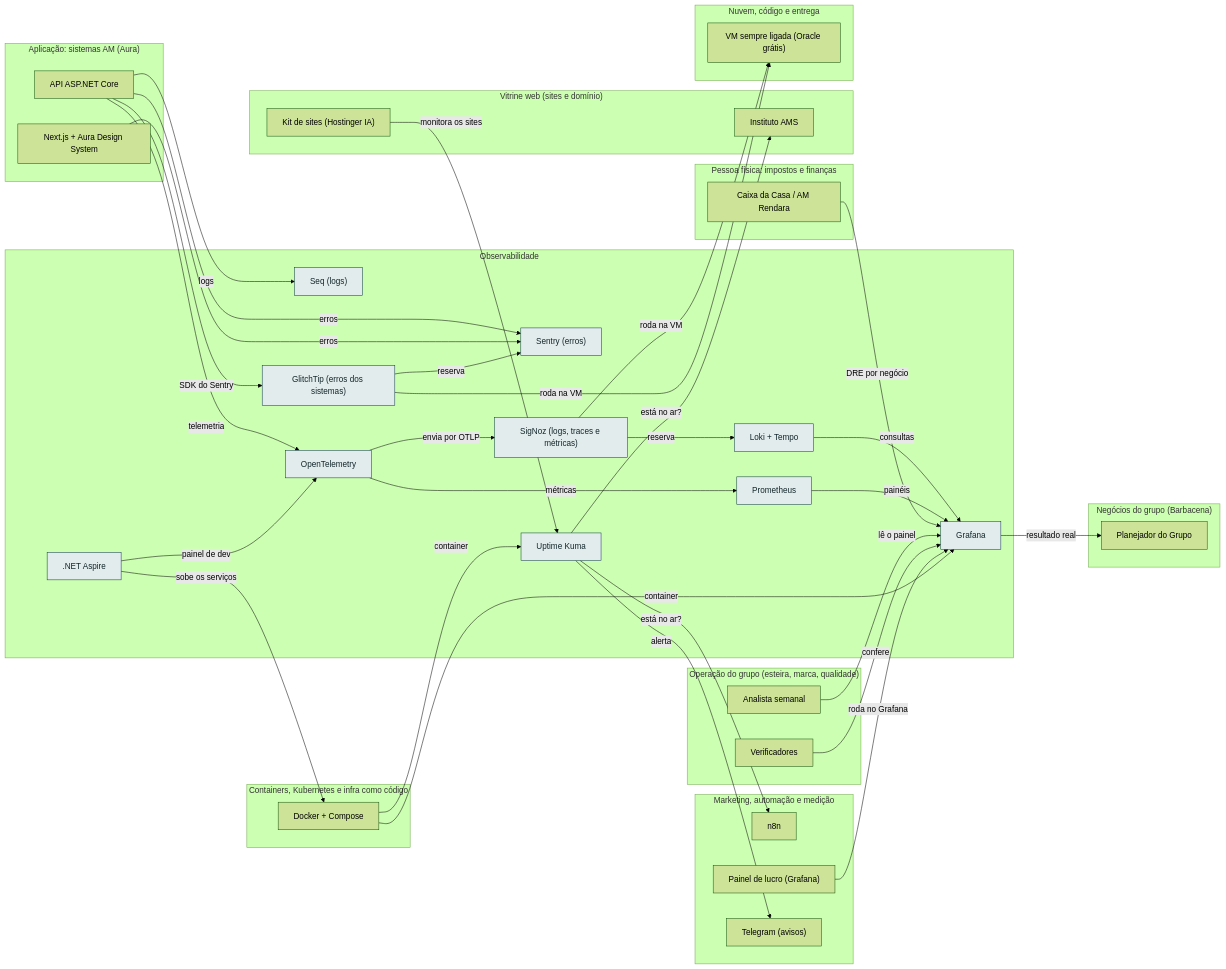
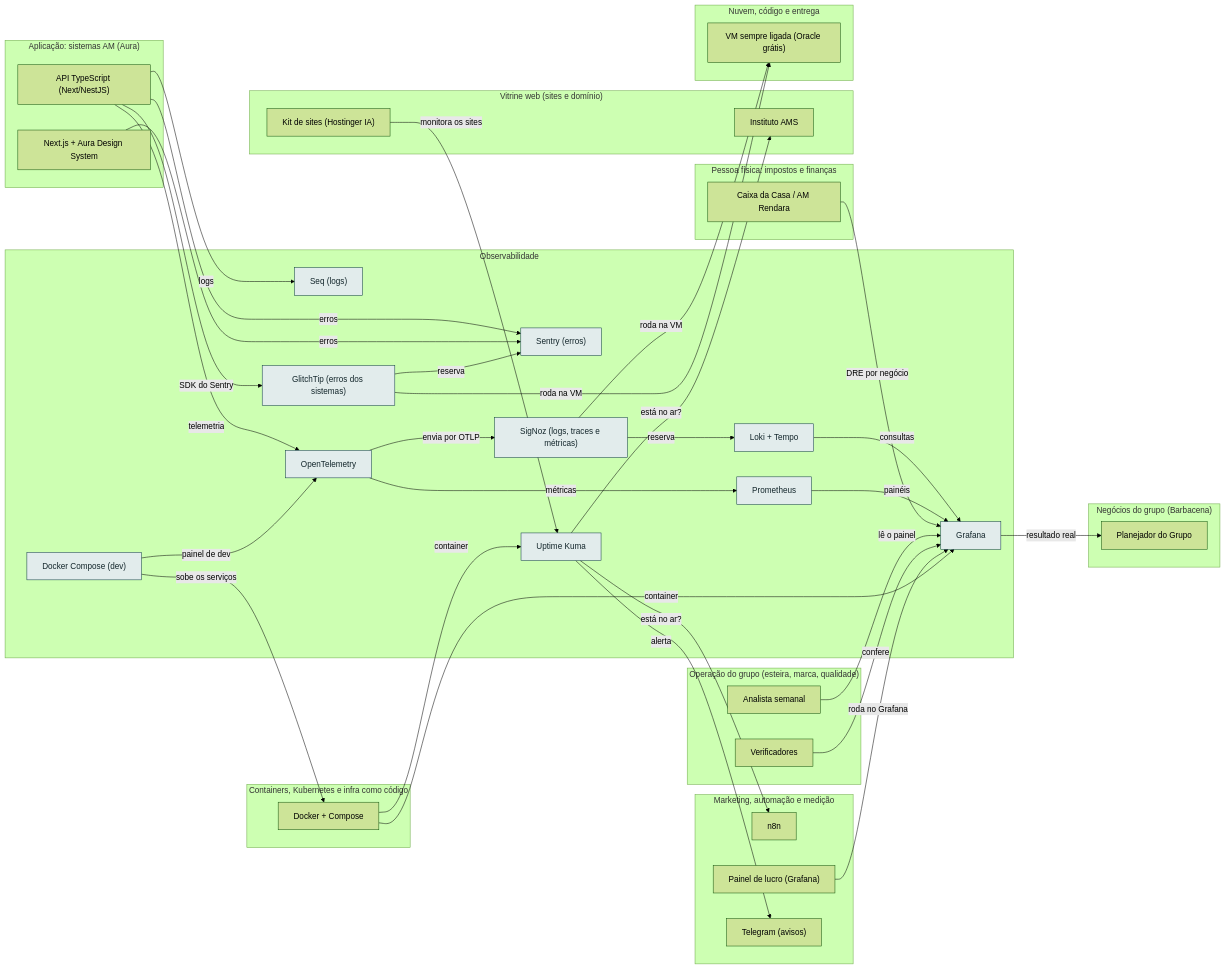
The diagram in docs/camadas/10-obs.md (AlanMateus17/dev-setup), drawn with Mermaid (forest theme) before and after one commit. The commit also changed other lines of this file and 53 other files, not shown here.

````diff
--- a/docs/camadas/10-obs.md
+++ b/docs/camadas/10-obs.md
@@ -14,72 +14,72 @@
 ```mermaid
 flowchart LR
   subgraph L_obs["Observabilidade"]
     n_sentry["Sentry (erros)"]
     n_kuma["Uptime Kuma"]
     n_seq["Seq (logs)"]
     n_loki["Loki + Tempo"]
     n_otel["OpenTelemetry"]
     n_prom["Prometheus"]
     n_graf["Grafana"]
-    n_aspire[".NET Aspire"]
+    n_aspire["Docker Compose (dev)"]
     n_signoz["SigNoz (logs, traces e métricas)"]
     n_glitchtip["GlitchTip (erros dos sistemas)"]
   end
   subgraph L_oper["Operação do grupo (esteira, marca, qualidade)"]
     n_oanal["Analista semanal"]
     n_overif["Verificadores"]
   end
   subgraph L_mkt["Marketing, automação e medição"]
     n_n8n["n8n"]
     n_painel["Painel de lucro (Grafana)"]
     n_tg["Telegram (avisos)"]
   end
   subgraph L_emp["Pessoa física: impostos e finanças"]
     n_caixa["Caixa da Casa / AM Rendara"]
   end
   subgraph L_web["Vitrine web (sites e domínio)"]
     n_inst["Instituto AMS"]
     n_kitsites["Kit de sites (Hostinger IA)"]
   end
   subgraph L_neg["Negócios do grupo (Barbacena)"]
     n_nplan["Planejador do Grupo"]
   end
   subgraph L_nuvem["Nuvem, código e entrega"]
     n_vm247["VM sempre ligada (Oracle grátis)"]
   end
   subgraph L_app["Aplicação: sistemas AM (Aura)"]
-    n_api["API ASP.NET Core"]
+    n_api["API TypeScript (Next/NestJS)"]
     n_front["Next.js + Aura Design System"]
   end
   subgraph L_cnt["Containers, Kubernetes e infra como código"]
     n_docker["Docker + Compose"]
   end
   n_api -->|"erros"| n_sentry
   n_front -->|"erros"| n_sentry
   n_glitchtip -->|"reserva"| n_sentry
   n_kuma -->|"está no ar?"| n_inst
   n_kuma -->|"alerta"| n_tg
   n_kuma -->|"está no ar?"| n_n8n
   n_docker -->|"container"| n_kuma
   n_kitsites -->|"monitora os sites"| n_kuma
   n_api -->|"logs"| n_seq
   n_loki -->|"consultas"| n_graf
   n_signoz -->|"reserva"| n_loki
   n_otel -->|"métricas"| n_prom
   n_otel -->|"envia por OTLP"| n_signoz
   n_api -->|"telemetria"| n_otel
   n_aspire -->|"painel de dev"| n_otel
   n_prom -->|"painéis"| n_graf
   n_graf -->|"resultado real"| n_nplan
   n_caixa -->|"DRE por negócio"| n_graf
   n_oanal -->|"lê o painel"| n_graf
   n_overif -->|"confere"| n_graf
   n_painel -->|"roda no Grafana"| n_graf
   n_docker -->|"container"| n_graf
   n_aspire -->|"sobe os serviços"| n_docker
   n_signoz -->|"roda na VM"| n_vm247
   n_glitchtip -->|"roda na VM"| n_vm247
   n_api -->|"SDK do Sentry"| n_glitchtip
   classDef desta fill:#e2ecec,stroke:#0e3a45,color:#13262b
   class n_sentry,n_kuma,n_seq,n_loki,n_otel,n_prom,n_graf,n_aspire,n_signoz,n_glitchtip desta
 ```
````
